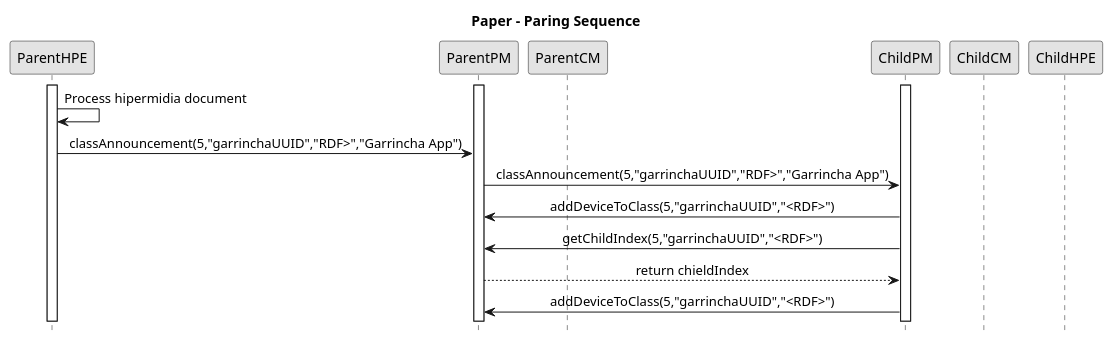
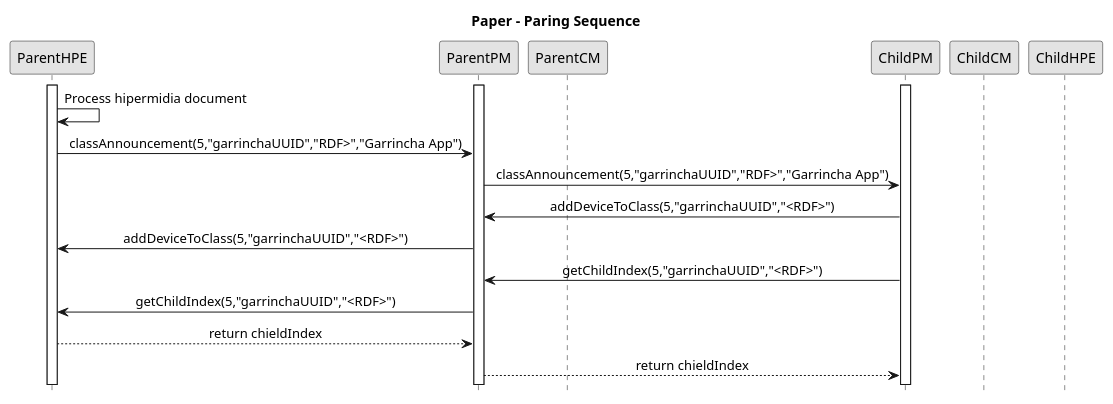
The diagram in sequence1.plantuml (alanlivio/fsmda), drawn with PlantUML before and after one commit. The commit also changed 3 other files, not shown here.

```diff
--- a/sequence1.plantuml
+++ b/sequence1.plantuml
@@ -2,78 +2,35 @@
 @startuml
 hide footbox
 skinparam monochrome true
 skinparam sequenceMessageAlign center
 
 participant ParentHPE
 participant ParentPM
 participant ParentCM
 participant ChildPM
 participant ChildCM
 participant ChildHPE
 
 '====================Paper - Paring and handling classes variables Sequence====================
 title Paper - Paring Sequence
 activate ParentHPE
 activate ParentPM
 activate ChildPM
 ParentHPE->ParentHPE: Process hipermidia document
 ParentHPE->ParentPM: classAnnouncement(5,"garrinchaUUID","RDF>","Garrincha App")
 ParentPM->ChildPM: classAnnouncement(5,"garrinchaUUID","RDF>","Garrincha App")
 ChildPM->ParentPM: addDeviceToClass(5,"garrinchaUUID","<RDF>")
+ParentPM->ParentHPE: addDeviceToClass(5,"garrinchaUUID","<RDF>")
 ChildPM->ParentPM: getChildIndex(5,"garrinchaUUID","<RDF>")
+ParentPM->ParentHPE: getChildIndex(5,"garrinchaUUID","<RDF>")
+ParentHPE-->ParentPM: return chieldIndex
 ParentPM-->ChildPM: return chieldIndex
-ChildPM->ParentPM: addDeviceToClass(5,"garrinchaUUID","<RDF>")
 
-'====================Paper - Handling classes variables Sequence====================
-'title Paper - Handling classes variables Sequence
-'HPE->PPM: setClassVariableValue("class(5).device(1).var1","value")
-'PPM->CPM: setClassVariableValue("class(5).device(1).var1","value")
-'CPM->HPE2: setClassVariableValue("class(5).device(1).var1","value")
-'HPE->+PPM: getClassVariableValue("class(5).device(1).var2","value")
-'PPM->+HPE2: getClassVariableValue("class(5).device(1).var2","value")
-'HPE2->-PPM: return("value")
-'PPM->-HPE: return("value")
-
-'====================Paper - Control Events of media object in active Sequence====================
-'title Paper - Control Events of media object in active Sequence
-'HPE->PCM: prepare({("height","10%"), ("top","30%")}, {("evt1","selection of a media","selection"), ("evt2","presentation of a media","presentation")},"file://video.mp4","m1")
-'HPE->PCM: addEvent(("evt3","atribution of a segment of a media","atribution"),"m1")
-'HPE->PCM: removeEvent(("evt1","m1")
-'HPE>PCM: postAction("start","evt1","m1")
-'PCM->HPE: notifyEventTransition(""","begins","m1")
-
-'====================Paper - Control Propertys of media object in active Sequence====================
-'title Paper - Control Propertys of media object in active Sequence
-'HPE->PCM: setPropertyValue(("height","50%", 0,"m1")
-'HPE->PCM: requestPropertyValue("top","m1")
-'PCM->HPE: reportPropertyValue("top","30%","m1")
-'
-'====================Propose - Paring Sequence====================
+'====================Propose -  Paring and handling classes variables Sequence====================
 'title Propose - Paring Sequence
 'PPM->CPM: classAnnouncement(5,"garrinchaUUID","<RDF>","Garrincha App")
 'CPM->PPM: addDeviceToClass(5,"garrinchaUUID","<RDF>")
 'CPM->PPM: setChildIndex(5,"garrinchaUUID","<RDF>")
 
-'====================Propose - Set Variable Sequence====================
-'title Propose - Set Variable Sequence
-'PPM->HPE: setClassVariableValue("class(5).device(1).var1","value")
-'PPM->HPE: requestClassVariableValue("class(5).device(1).var2","value")
-'HPE->PPM: notifyClassVariableValue("class(5).device(1).var2","value")
-
-'====================Propose - Control Events of media object in active Sequence====================
-'title Propose - Control Events of media object in active Sequence
-'HPE/PCM->PCM/CCM: prepare("m1","file://video.mp4", {("height","10%"), ("top","30%")}, {("evt1","selection of a segment of a media","selection"), ("evt2","presentation of a segment of a media","presentation")})
-'HPE/PCM->PCM/CCM: addEvent("m1", ("evt3","atribution of a segment of a media","atribution"))
-'HPE/PCM->PCM/CCM: removeEvent(("m1","evt1")
-'HPE/PCM->PCM/CCM: postAction("m1","evt1","start")
-'PCM/CCM->HPE/PCM: notifyEventTransition("m1" ,"evt1","begins")
-
-'====================Propose - Control Propertys of media object in active Sequence====================
-'title Propose - Control Propertys of media object in active Sequence
-'HPE/PCM->PCM/CCM: setPropertyValue(("m1" ,"height","50%", 0)
-'HPE/PCM->PCM/CCM: requestPropertyValue("top","m1")
-'PCM/CCM->HPE/PCM: notifyPropertyValue("top","30%","m1")
-
-
 '====================Ending PLANTUML params====================
 @enduml
```
